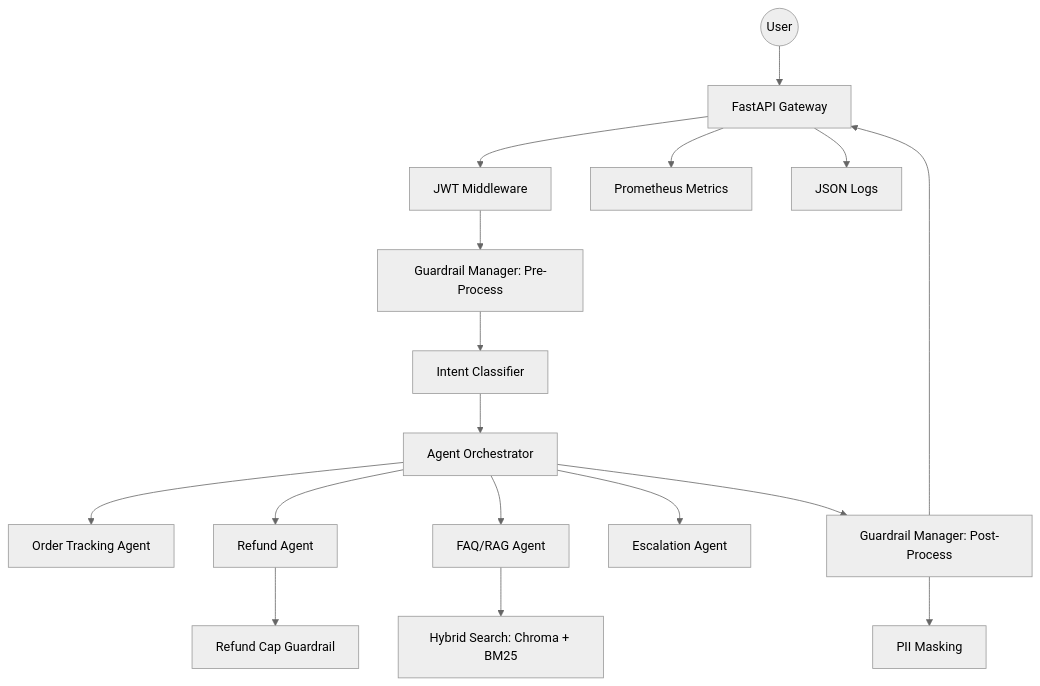
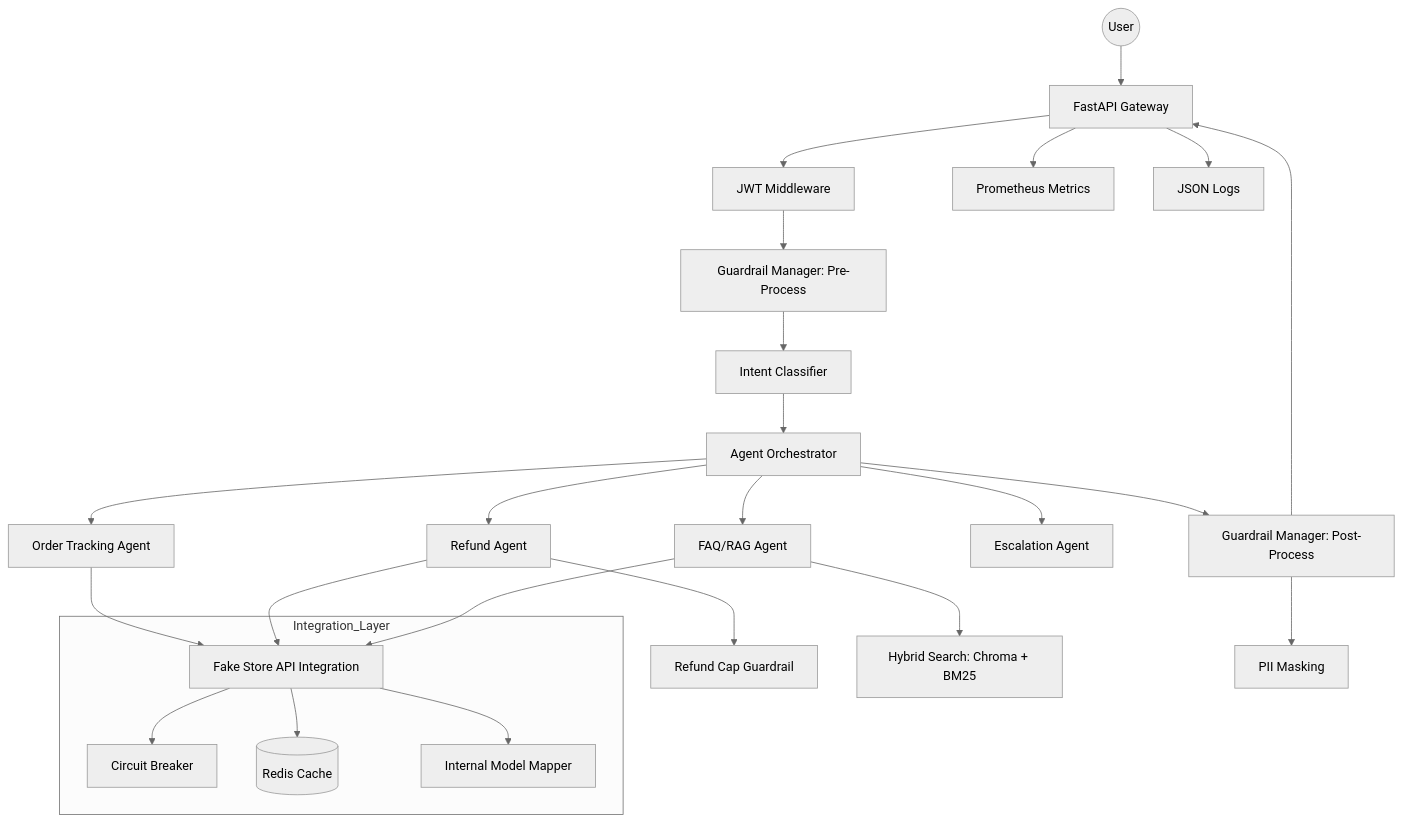
One commit to Sanchitha19/Novintix changed the diagram in README.md. Above: the diagram before and after it, drawn with Mermaid (neutral theme). The commit also changed other lines of this file and 48 other files, not shown here.

Commit message:
feat: integrate Fake Store API and build production React dashboard UI

````diff
--- a/README.md
+++ b/README.md
@@ -7,23 +7,33 @@
 ```mermaid
 graph TD
     User((User)) --> API[FastAPI Gateway]
     API --> Auth[JWT Middleware]
     Auth --> GuardPre[Guardrail Manager: Pre-Process]
     GuardPre --> Router[Intent Classifier]
     Router --> Orchestrator[Agent Orchestrator]
     
     Orchestrator --> Agent1[Order Tracking Agent]
     Orchestrator --> Agent2[Refund Agent]
     Orchestrator --> Agent3[FAQ/RAG Agent]
     Orchestrator --> Agent4[Escalation Agent]
     
+    Agent1 --> FS[Fake Store API Integration]
+    Agent2 --> FS
+    Agent3 --> FS
+    
+    subgraph Integration_Layer
+        FS --> CB[Circuit Breaker]
+        FS --> Cache[(Redis Cache)]
+        FS --> Mapper[Internal Model Mapper]
+    end
+    
     Agent2 --> GuardRefund[Refund Cap Guardrail]
     Agent3 --> RAG[Hybrid Search: Chroma + BM25]
     
     Orchestrator --> GuardPost[Guardrail Manager: Post-Process]
     GuardPost --> PII[PII Masking]
     GuardPost --> API
     
     API --> Metrics[Prometheus Metrics]
     API --> Logs[JSON Logs]
 ```
````
